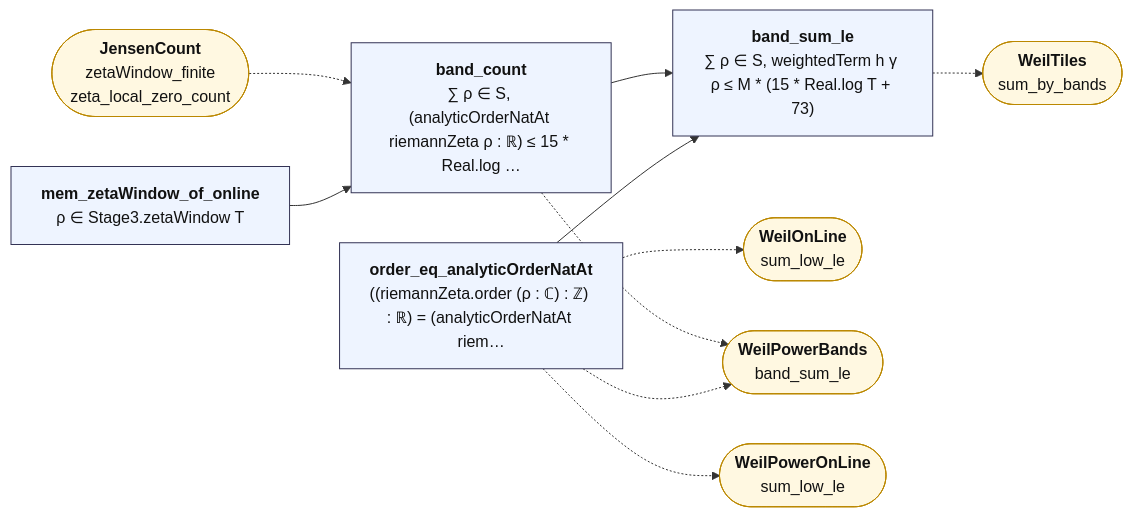
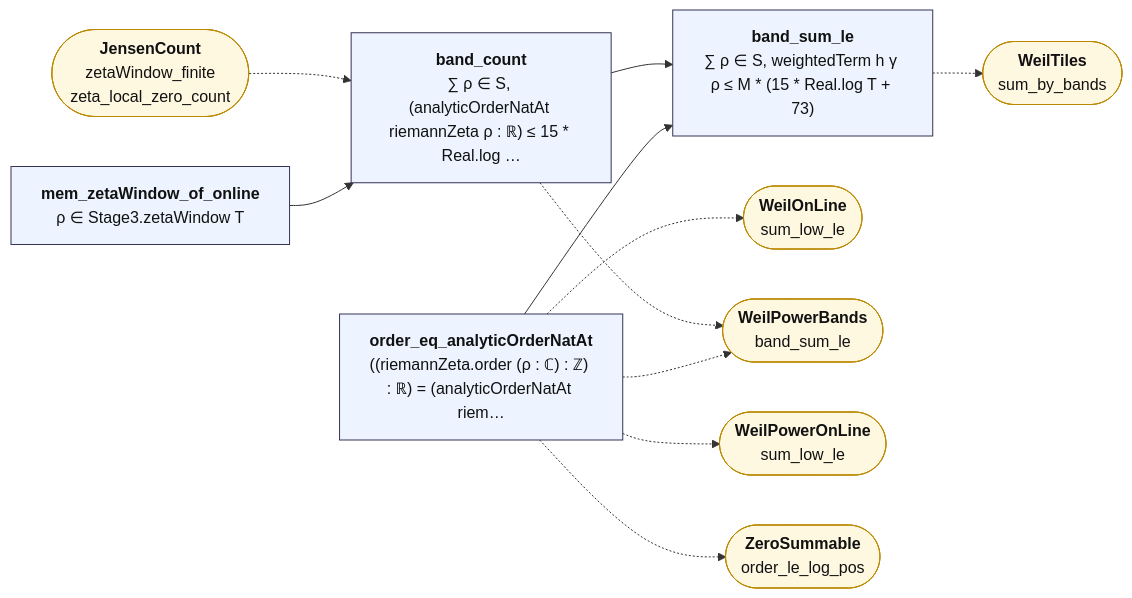
One commit to juliansambranojr/Primebeat_081426 changed the diagram in map/lean_stage3/WeilBands.mmd. Above: the diagram before and after it, drawn with Mermaid. The commit also changed 42 other files, not shown here.

First line of the commit message:
C6b: the zeros right of any line beyond one half have summable order over size (unit 0455)

```diff
--- a/map/lean_stage3/WeilBands.mmd
+++ b/map/lean_stage3/WeilBands.mmd
@@ -1,27 +1,29 @@
 flowchart LR
   n0["<b>order_eq_analyticOrderNatAt</b><br/>((riemannZeta.order (ρ : ℂ) : ℤ) : ℝ) = (analyticOrderNatAt riem…"]:::thm
   n1["<b>mem_zetaWindow_of_online</b><br/>ρ ∈ Stage3.zetaWindow T"]:::thm
   n2["<b>band_count</b><br/>∑ ρ ∈ S, (analyticOrderNatAt riemannZeta ρ : ℝ) ≤ 15 * Real.log …"]:::thm
   n3["<b>band_sum_le</b><br/>∑ ρ ∈ S, weightedTerm h γ ρ ≤ M * (15 * Real.log T + 73)"]:::thm
   x0(["<b>WeilOnLine</b><br/>sum_low_le"]):::ext
   x1(["<b>WeilPowerBands</b><br/>band_sum_le"]):::ext
   x2(["<b>WeilPowerOnLine</b><br/>sum_low_le"]):::ext
-  x3(["<b>JensenCount</b><br/>zetaWindow_finite<br/>zeta_local_zero_count"]):::ext
-  x4(["<b>WeilTiles</b><br/>sum_by_bands"]):::ext
+  x3(["<b>ZeroSummable</b><br/>order_le_log_pos"]):::ext
+  x4(["<b>JensenCount</b><br/>zetaWindow_finite<br/>zeta_local_zero_count"]):::ext
+  x5(["<b>WeilTiles</b><br/>sum_by_bands"]):::ext
   n0 --> n3
   n1 --> n2
   n2 --> n3
   n0 -.-> x0
   n0 -.-> x1
   n0 -.-> x2
+  n0 -.-> x3
   n2 -.-> x1
-  n3 -.-> x4
-  x3 -.-> n2
+  n3 -.-> x5
+  x4 -.-> n2
   classDef cnt fill:#dff5ec,stroke:#17694a,color:#111
   classDef shp fill:#f1ecfb,stroke:#5b3fa0,color:#111
   classDef rh fill:#ffe5e5,stroke:#c22,color:#111,stroke-width:2px
   classDef thm fill:#eef4ff,stroke:#335,color:#111
   classDef end_ fill:#e7f7e7,stroke:#2a7,color:#111,stroke-width:2px
   classDef lone fill:#fff,stroke:#999,color:#111,stroke-dasharray:4 3
   classDef bad fill:#ffe5e5,stroke:#c22,color:#111,stroke-width:2px
   classDef ext fill:#fff8e1,stroke:#b80,color:#111
```
